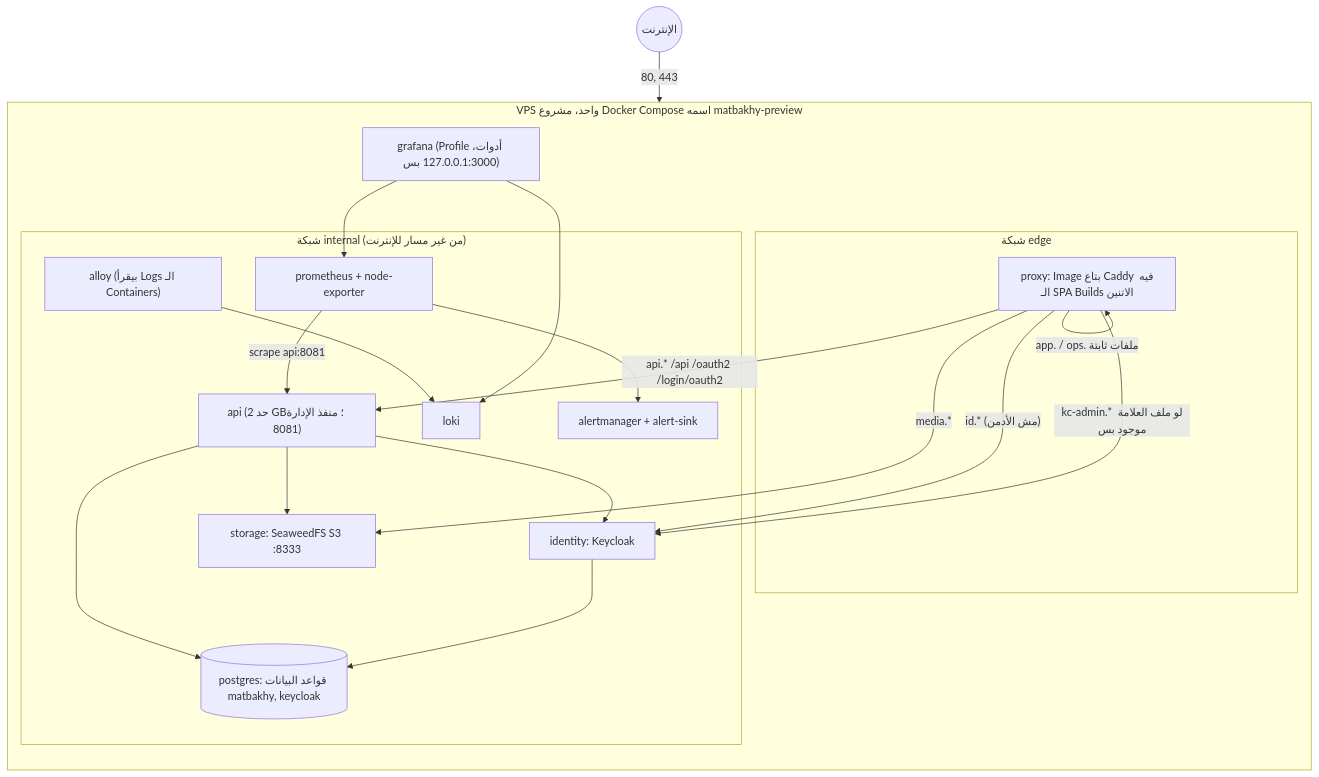
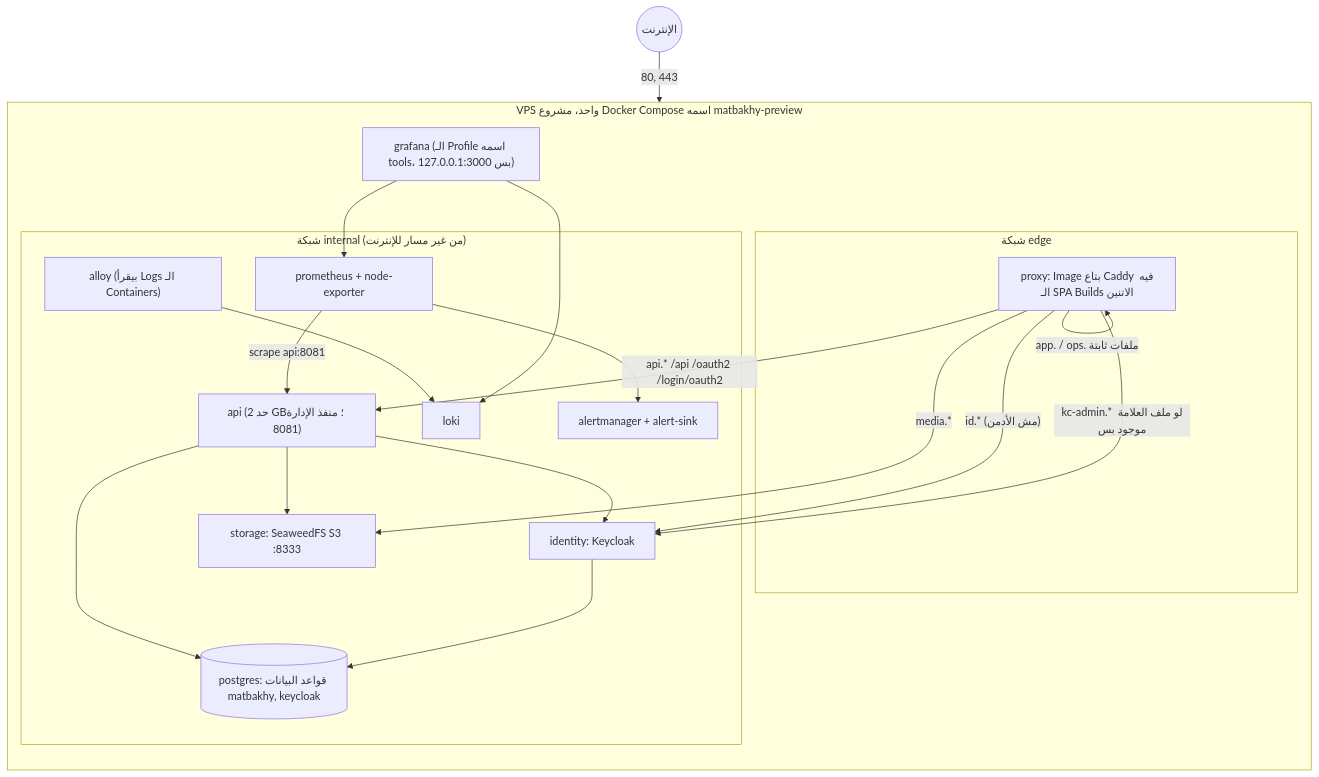
Diagram 14 of 14 in docs/developer-handbook/03-architecture/diagrams-ar.md (afawzy70/Matbakhy-v1), drawn with Mermaid before and after one commit. The commit also changed other lines of this file and 14 other files, not shown here.

````diff
--- a/docs/developer-handbook/03-architecture/diagrams-ar.md
+++ b/docs/developer-handbook/03-architecture/diagrams-ar.md
@@ -412,35 +412,35 @@
 ```mermaid
 flowchart TB
     internet(("الإنترنت")) -->|"80, 443"| proxy
     subgraph host["VPS واحد، مشروع Docker Compose اسمه matbakhy-preview"]
         direction TB
         subgraph edge["شبكة edge"]
             proxy["proxy: Image بتاع Caddy فيه الـ SPA Builds الاتنين"]
         end
         subgraph internal["شبكة internal (من غير مسار للإنترنت)"]
             api["api (حد 2 GB؛ منفذ الإدارة 8081)"]
             kc["identity: Keycloak"]
             pg[("postgres: قواعد البيانات matbakhy, keycloak")]
             st["storage: SeaweedFS S3 :8333"]
             loki["loki"]
             alloy["alloy (بيقرأ Logs الـ Containers)"]
             prom["prometheus + node-exporter"]
             am["alertmanager + alert-sink"]
         end
-        graf["grafana (Profile أدوات، 127.0.0.1:3000 بس)"]
+        graf["grafana (الـ Profile اسمه tools، 127.0.0.1:3000 بس)"]
     end
     proxy -->|"app. / ops. ملفات ثابتة"| proxy
     proxy -->|"api.* /api /oauth2 /login/oauth2"| api
     proxy -->|"id.* (مش الأدمن)"| kc
     proxy -->|"kc-admin.* لو ملف العلامة موجود بس"| kc
     proxy -->|"media.*"| st
     api --> pg
     api --> kc
     api --> st
     kc --> pg
     alloy --> loki
     prom -->|"scrape api:8081"| api
     prom --> am
     graf --> prom
     graf --> loki
 ```
````
